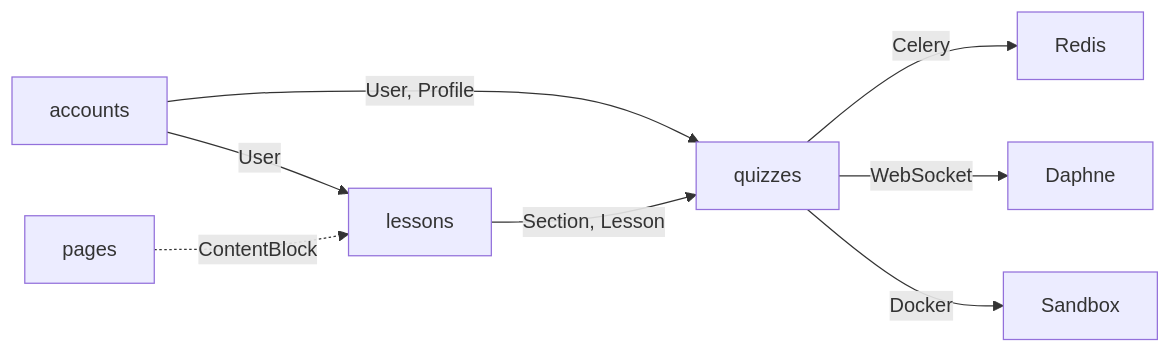
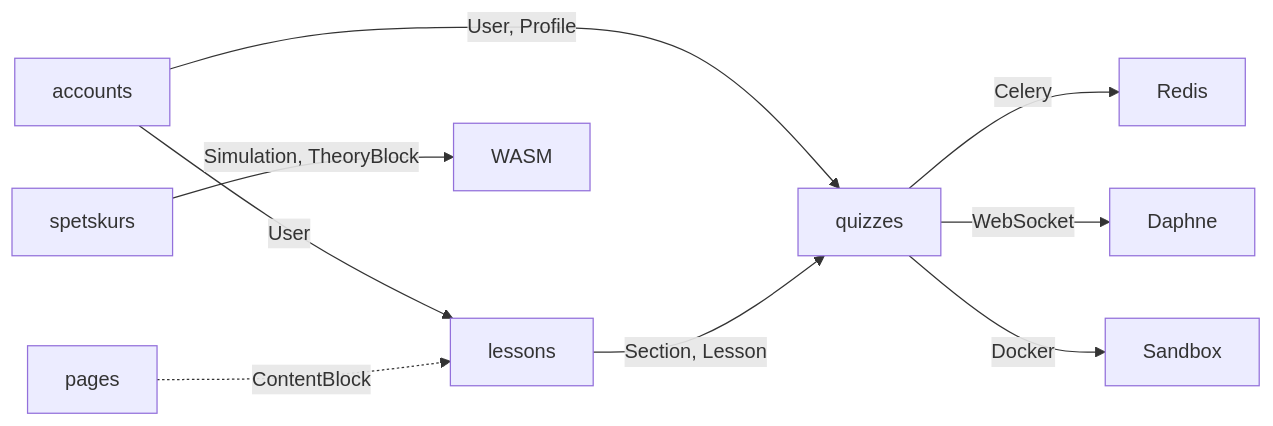
One commit to Kirill2517nv/SiteAboutMe changed the diagram in docs/index.md. Above: the diagram before and after it, drawn with Mermaid. The commit also changed other lines of this file and 2 other files, not shown here.

````diff
--- a/docs/index.md
+++ b/docs/index.md
@@ -20,10 +20,11 @@
 ```mermaid
 graph LR
     A[accounts] -->|User, Profile| Q[quizzes]
     A -->|User| L[lessons]
     P[pages] -.->|ContentBlock| L
     L -->|Section, Lesson| Q
     Q -->|Celery| R[Redis]
     Q -->|WebSocket| D[Daphne]
     Q -->|Docker| S[Sandbox]
+    SP[spetskurs] -->|Simulation, TheoryBlock| W[WASM]
 ```
````
